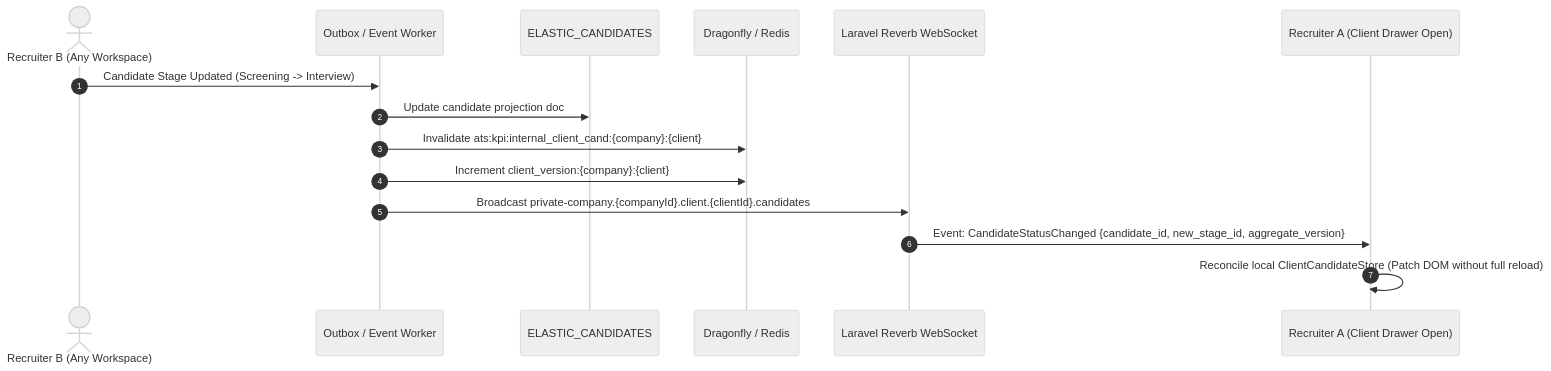
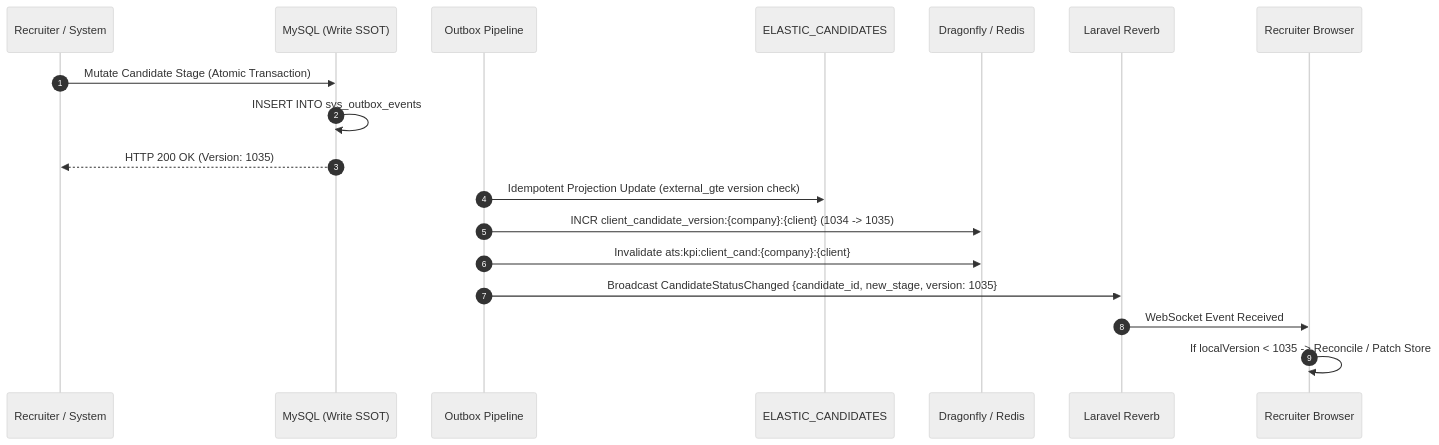
One commit to 4belldevelopers/sales-crm-final changed the diagram in docs/V2_CLIENT_DETAILS/CANDIDATES_TAB_CLIENT_DRAWER_AUDIT.md. Above: the diagram before and after it, drawn with Mermaid (neutral theme). The commit also changed other lines of this file and 8 other files, not shown here.

First line of the commit message:
feat(client-details): god-level implementation of offer and joining tab in client drawer

````diff
--- a/docs/V2_CLIENT_DETAILS/CANDIDATES_TAB_CLIENT_DRAWER_AUDIT.md
+++ b/docs/V2_CLIENT_DETAILS/CANDIDATES_TAB_CLIENT_DRAWER_AUDIT.md
@@ -277,18 +137,22 @@
 ```mermaid
 sequenceDiagram
     autonumber
-    actor RecruiterB as Recruiter B (Any Workspace)
-    participant OutboxWorker as Outbox / Event Worker
+    participant Recruiter as Recruiter / System
+    participant MySQL as MySQL (Write SSOT)
+    participant Outbox as Outbox Pipeline
     participant ES as ELASTIC_CANDIDATES
-    participant Redis as Dragonfly / Redis
-    participant Reverb as Laravel Reverb WebSocket
-    participant BrowserA as Recruiter A (Client Drawer Open)
+    participant Dragonfly as Dragonfly / Redis
+    participant Reverb as Laravel Reverb
+    participant Browser as Recruiter Browser
 
-    RecruiterB->>OutboxWorker: Candidate Stage Updated (Screening -> Interview)
-    OutboxWorker->>ES: Update candidate projection doc
-    OutboxWorker->>Redis: Invalidate ats:kpi:internal_client_cand:{company}:{client}
-    OutboxWorker->>Redis: Increment client_version:{company}:{client}
-    OutboxWorker->>Reverb: Broadcast private-company.{companyId}.client.{clientId}.candidates
-    Reverb->>BrowserA: Event: CandidateStatusChanged {candidate_id, new_stage_id, aggregate_version}
-    BrowserA->>BrowserA: Reconcile local ClientCandidateStore (Patch DOM without full reload)
+    Recruiter->>MySQL: Mutate Candidate Stage (Atomic Transaction)
+    MySQL->>MySQL: INSERT INTO sys_outbox_events
+    MySQL-->>Recruiter: HTTP 200 OK (Version: 1035)
+
+    Outbox->>ES: Idempotent Projection Update (external_gte version check)
+    Outbox->>Dragonfly: INCR client_candidate_version:{company}:{client} (1034 -> 1035)
+    Outbox->>Dragonfly: Invalidate ats:kpi:client_cand:{company}:{client}
+    Outbox->>Reverb: Broadcast CandidateStatusChanged {candidate_id, new_stage, version: 1035}
+    Reverb->>Browser: WebSocket Event Received
+    Browser->>Browser: If localVersion < 1035 -> Reconcile / Patch Store
 ```
````
